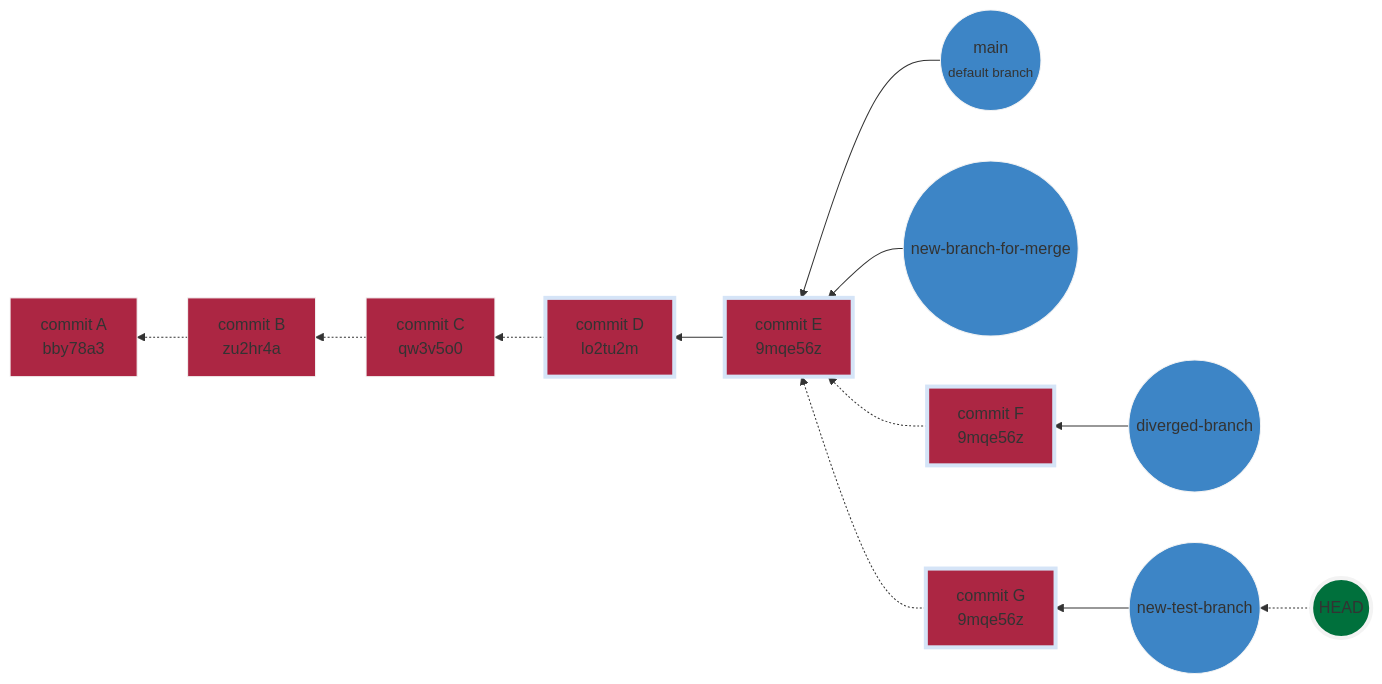
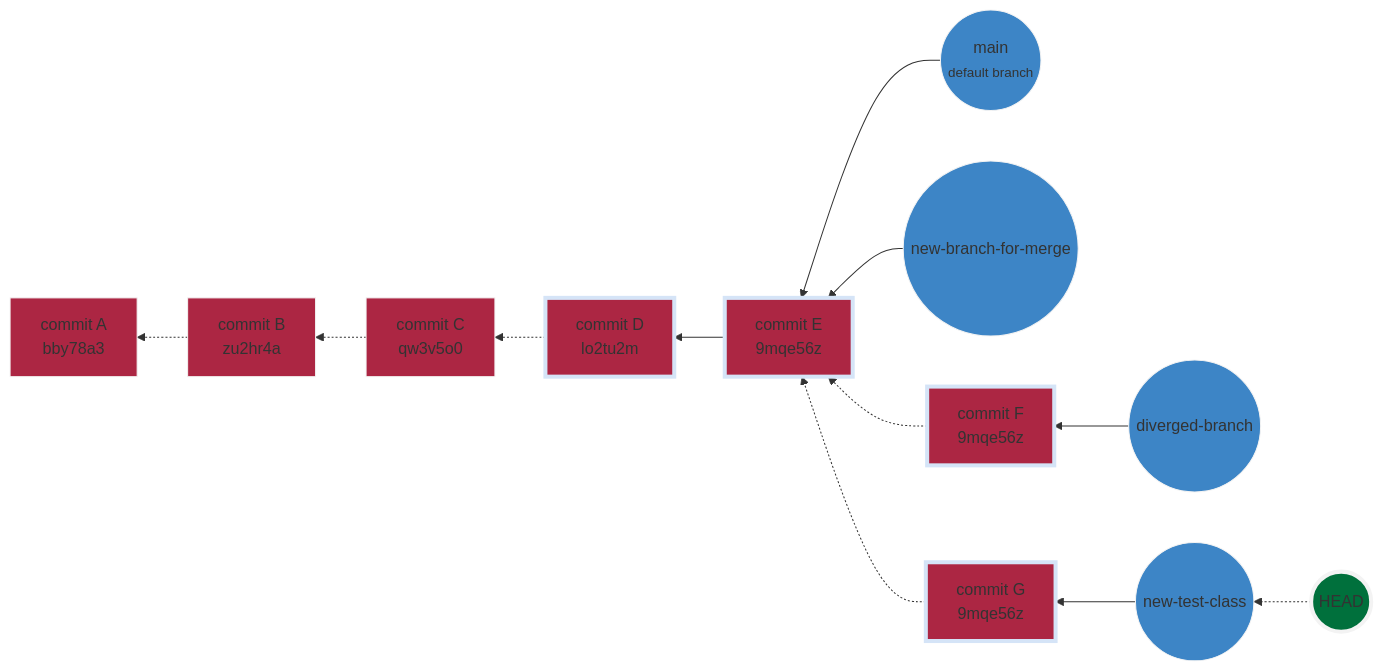
Diagram 21 of 21 in README.md (ganeshk627/source-control-with-git), drawn with Mermaid before and after one commit. The commit also changed other lines of this file, not shown here.

````diff
--- a/README.md
+++ b/README.md
@@ -915,40 +913,40 @@
 ```mermaid
 graph RL
     A[commit A<br>bby78a3]
     B[commit B<br>zu2hr4a]
     C[commit C<br>qw3v5o0]
     D[commit D<br>lo2tu2m]
     E[commit E<br>9mqe56z]
     F[commit F<br>9mqe56z]
     G[commit G<br>9mqe56z]
     I((main <br> <small>default branch<small/>))
     J((new-branch-for-merge))
     H((HEAD))
     K((diverged-branch))
-    L((new-test-branch))
+    L((new-test-class))
 
     B -.-> A
     C -.-> B
     D -.-> C
     E --> D
     I --> E
     H -.-> L
     J --> E
     F -.-> E
     K --> F
     G -.-> E
     L --> G
 
     style H fill:#00703c,stroke:#f3f3f3,stroke-width:4px;
     style G fill:#ac2643,stroke:#d5e4f7,stroke-width:4px;
     style F fill:#ac2643,stroke:#d5e4f7,stroke-width:4px;
     style E fill:#ac2643,stroke:#d5e4f7,stroke-width:4px;
     style D fill:#ac2643,stroke:#d5e4f7,stroke-width:4px;
     style C fill:#ac2643,stroke:#f3f3f3,stroke-width:1px;
     style B fill:#ac2643,stroke:#f3f3f3,stroke-width:1px;
     style A fill:#ac2643,stroke:#f3f3f3,stroke-width:1px;
     style I fill:#3d85c6,stroke:#f3f3f3,stroke-width:1px;
     style J fill:#3d85c6,stroke:#f3f3f3,stroke-width:1px;
     style K fill:#3d85c6,stroke:#f3f3f3,stroke-width:1px;
     style L fill:#3d85c6,stroke:#f3f3f3,stroke-width:1px;
 ```
````
